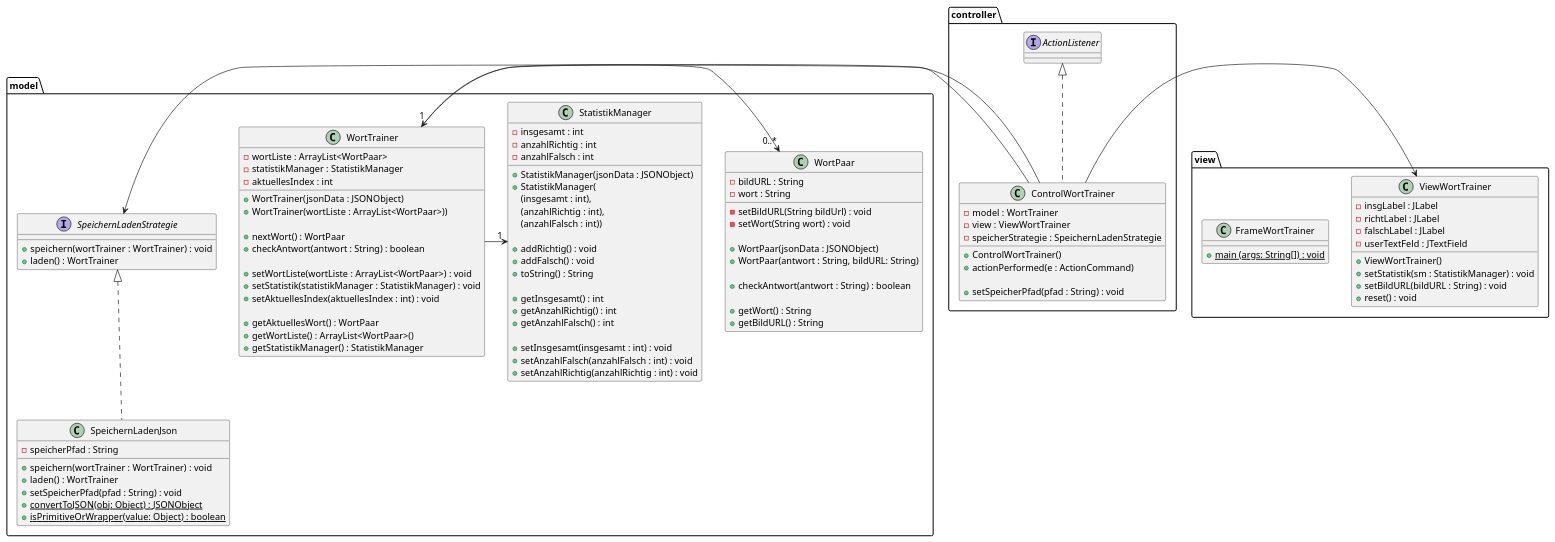
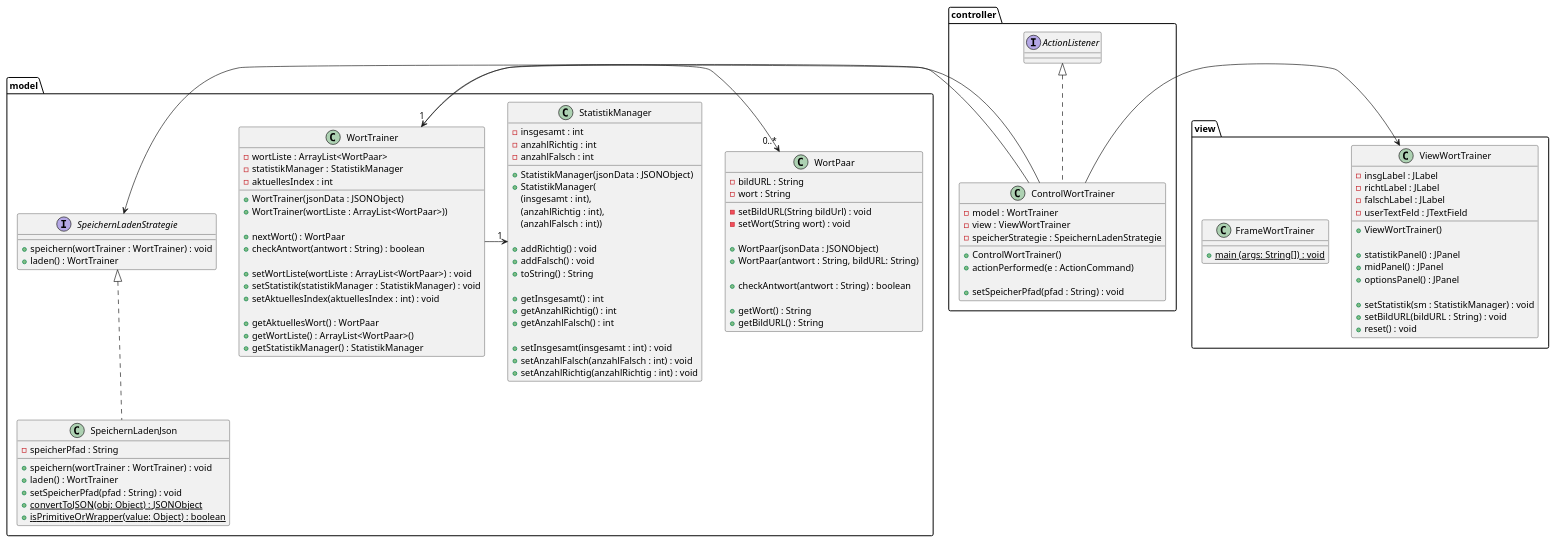
One commit to TGM-HIT/sew9-2425-worttrainer-aaabdulkarim changed the diagram in Worttrainer_UML.puml. Above: the diagram before and after it, drawn with PlantUML. The commit also changed 1 other file, not shown here.

```diff
--- a/Worttrainer_UML.puml
+++ b/Worttrainer_UML.puml
@@ -1,125 +1,130 @@
 @startuml
 'https://plantuml.com/class-diagram
 
 package model {
 
     class WortPaar {
         - bildURL : String
         - wort : String
 
         - setBildURL(String bildUrl) : void
         - setWort(String wort) : void
 
         + WortPaar(jsonData : JSONObject)
         + WortPaar(antwort : String, bildURL: String)
 
         + checkAntwort(antwort : String) : boolean
 
         + getWort() : String
         + getBildURL() : String
 
     }
 
     class WortTrainer {
         - wortListe : ArrayList<WortPaar>
         - statistikManager : StatistikManager
         - aktuellesIndex : int
 
         + WortTrainer(jsonData : JSONObject)
         + WortTrainer(wortListe : ArrayList<WortPaar>))
 
         + nextWort() : WortPaar
         + checkAntwort(antwort : String) : boolean
 
         + setWortListe(wortListe : ArrayList<WortPaar>) : void
         + setStatistik(statistikManager : StatistikManager) : void
         + setAktuellesIndex(aktuellesIndex : int) : void
 
         + getAktuellesWort() : WortPaar
         + getWortListe() : ArrayList<WortPaar>()
         + getStatistikManager() : StatistikManager
 
     }
 
     class StatistikManager {
         - insgesamt : int
         - anzahlRichtig : int
         - anzahlFalsch : int
 
         + StatistikManager(jsonData : JSONObject)
         + StatistikManager(
         (insgesamt : int),
         (anzahlRichtig : int),
         (anzahlFalsch : int))
 
         + addRichtig() : void
         + addFalsch() : void
         + toString() : String
 
         + getInsgesamt() : int
         + getAnzahlRichtig() : int
         + getAnzahlFalsch() : int
 
         + setInsgesamt(insgesamt : int) : void
         + setAnzahlFalsch(anzahlFalsch : int) : void
         + setAnzahlRichtig(anzahlRichtig : int) : void
     }
 
     interface SpeichernLadenStrategie{
         + speichern(wortTrainer : WortTrainer) : void
         + laden() : WortTrainer
     }
 
     class SpeichernLadenJson implements SpeichernLadenStrategie{
         - speicherPfad : String
         + speichern(wortTrainer : WortTrainer) : void
         + laden() : WortTrainer
         + setSpeicherPfad(pfad : String) : void
         + {static} convertToJSON(obj: Object) : JSONObject
         + {static} isPrimitiveOrWrapper(value: Object) : boolean
     }
 }
 
 
 package view {
     class FrameWortTrainer{
         + {static} main (args: String[]) : void
     }
 
     class ViewWortTrainer {
         - insgLabel : JLabel
         - richtLabel : JLabel
         - falschLabel : JLabel
         - userTextFeld : JTextField
         + ViewWortTrainer()
+
+        + statistikPanel() : JPanel
+        + midPanel() : JPanel
+        + optionsPanel() : JPanel
+
         + setStatistik(sm : StatistikManager) : void
         + setBildURL(bildURL : String) : void
         + reset() : void
     }
 }
 
 package controller {
     class ControlWortTrainer implements ActionListener{
         - model : WortTrainer
         - view : ViewWortTrainer
         - speicherStrategie : SpeichernLadenStrategie
 
         + ControlWortTrainer()
         + actionPerformed(e : ActionCommand)
 
         + setSpeicherPfad(pfad : String) : void
         
     }
 }
 
 
 WortTrainer "1" -> "0..*" WortPaar
 WortTrainer -> "1" StatistikManager
 
 /' MVC Struktur'/
 ControlWortTrainer -> WortTrainer
 ControlWortTrainer -> ViewWortTrainer
 ControlWortTrainer -> SpeichernLadenStrategie
 
 
 @enduml
```
